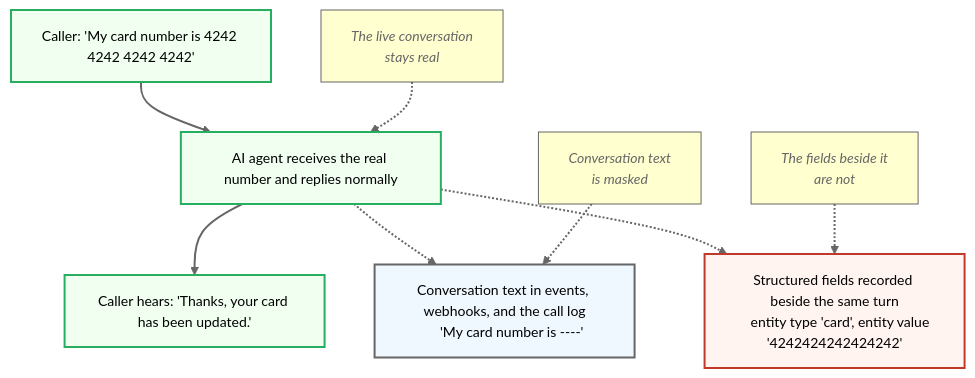
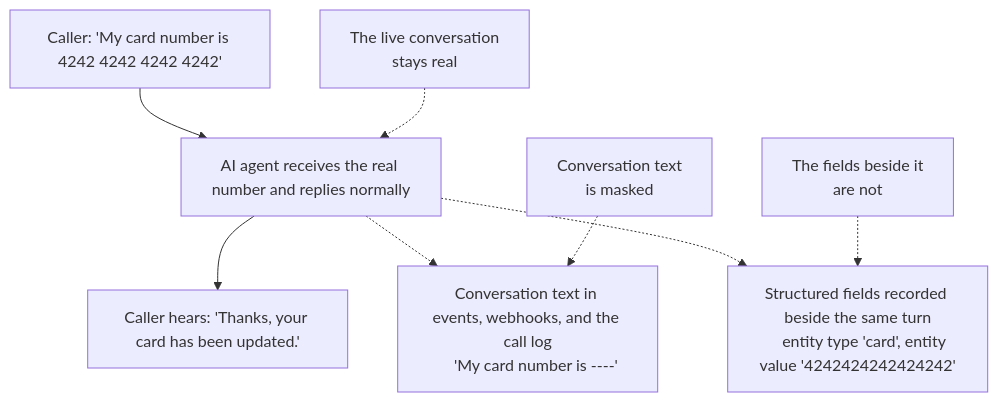
One commit to signalwire/docs changed the diagram in fern/products/platform/pages/ai/guides/content-redaction/index.mdx. Above: the diagram before and after it, drawn with Mermaid. The commit also changed other lines of this file and 9 other files, not shown here.

````diff
--- a/fern/products/platform/pages/ai/guides/content-redaction/index.mdx
+++ b/fern/products/platform/pages/ai/guides/content-redaction/index.mdx
@@ -368,44 +368,25 @@
 ```mermaid
-%%{init: {
-    'theme': 'mc',
-    'themeVariables': {
-        'fontFamily': 'Inter',
-        'fontSize': '14px',
-        'nodeBorder': '2px',
-        'nodeTextColor': '#000000'
-    },
-    'flowchart': {
-        'wrappingWidth': 200
-    }
-}}%%
 flowchart TD
-    classDef live fill:#f0fff0,stroke:#27ae60,stroke-width:2px,color:#000000,fontFamily:Inter
-    classDef masked fill:#f0f8ff,stroke:#666,stroke-width:2px,color:#000000,fontFamily:Inter
-    classDef unmasked fill:#fff4f0,stroke:#c0392b,stroke-width:2px,color:#000000,fontFamily:Inter
-    classDef note fill:#ffffd0,stroke:#666,stroke-width:1px,color:#666,font-style:italic,fontFamily:Inter
-
-    C["Caller: 'My card number is 4242 4242 4242 4242'"]:::live
-    A["AI agent receives the real number and replies normally"]:::live
-    T["Caller hears: 'Thanks, your card has been updated.'"]:::live
+    C["Caller: 'My card number is 4242 4242 4242 4242'"]
+    A["AI agent receives the real number and replies normally"]
+    T["Caller hears: 'Thanks, your card has been updated.'"]
     R["Conversation text in events, webhooks, and the call log
-    'My card number is ----'"]:::masked
+    'My card number is ----'"]
     M["Structured fields recorded beside the same turn
-    entity type 'card', entity value '4242424242424242'"]:::unmasked
+    entity type 'card', entity value '4242424242424242'"]
 
     C --> A
     A --> T
     A -.-> R
     A -.-> M
 
     N1["The live conversation
-    stays real"]:::note
+    stays real"]
     N2["Conversation text
-    is masked"]:::note
+    is masked"]
     N3["The fields beside it
-    are not"]:::note
+    are not"]
     N1 -.-> A
     N2 -.-> R
     N3 -.-> M
-
-    linkStyle default stroke:#666666,stroke-width:2px,color:#666666
 ```
````
